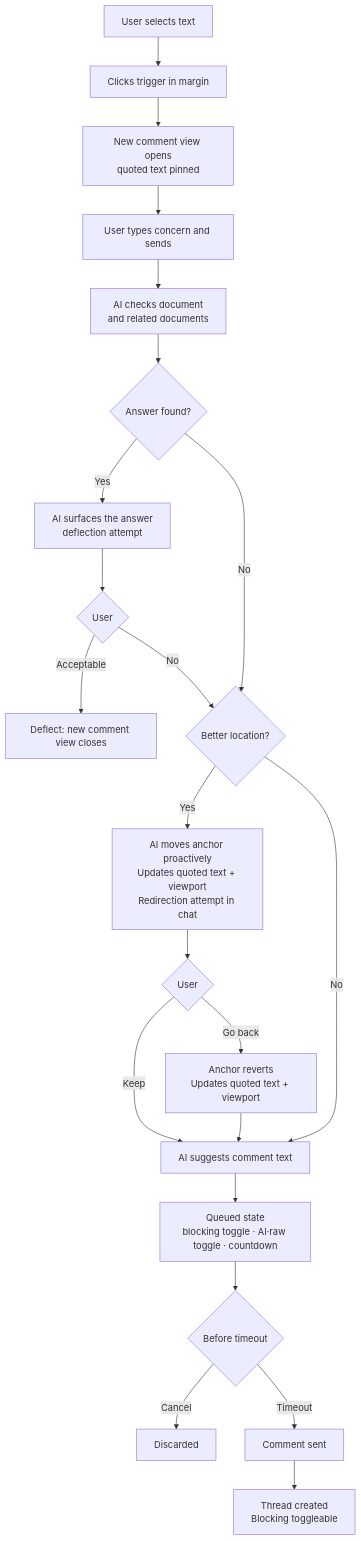
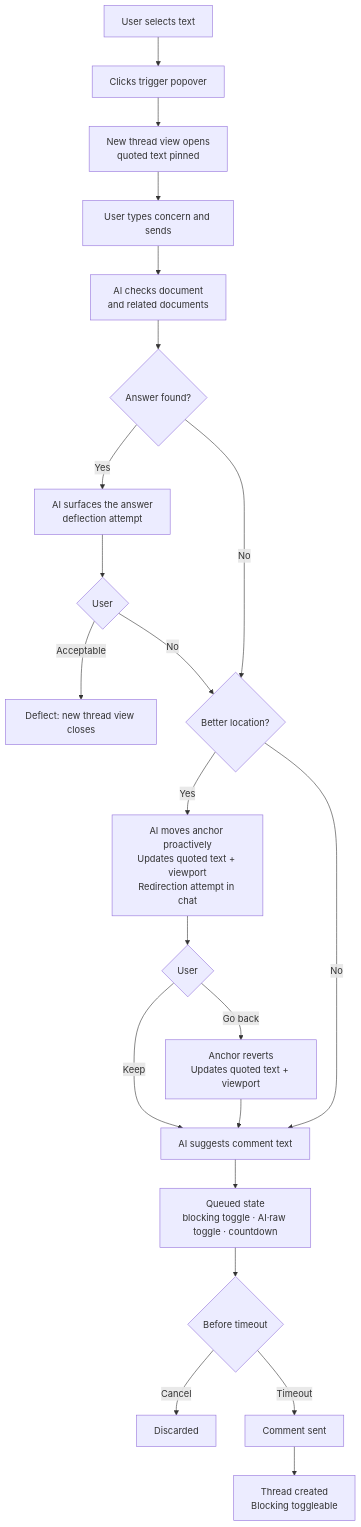
Before and after one commit to markdstafford/episteme: the diagram in .eng-docs/specs/backlog/feature-comments.md, drawn with Mermaid. The commit also changed other lines of this file, not shown here.

First line of the commit message:
docs: restructure design spec — thread states lead, three views organized

````diff
--- a/.eng-docs/specs/backlog/feature-comments.md
+++ b/.eng-docs/specs/backlog/feature-comments.md
@@ -106,31 +152,31 @@
 ```mermaid
 flowchart TD
-    A[User selects text] --> B[Clicks trigger in margin]
-    B --> C[New comment view opens\nquoted text pinned]
+    A[User selects text] --> B[Clicks trigger popover]
+    B --> C[New thread view opens\nquoted text pinned]
     C --> D[User types concern and sends]
     D --> E[AI checks document\nand related documents]
 
     E --> F{Answer found?}
     F -->|Yes| G[AI surfaces the answer\ndeflection attempt]
     G --> H{User}
-    H -->|Acceptable| I[Deflect: new comment view closes]
+    H -->|Acceptable| I[Deflect: new thread view closes]
     H -->|No| J
 
     F -->|No| J
 
     J{Better location?}
     J -->|Yes| K[AI moves anchor proactively\nUpdates quoted text + viewport\nRedirection attempt in chat]
     K --> L{User}
     L -->|Keep| N
     L -->|Go back| M[Anchor reverts\nUpdates quoted text + viewport]
     M --> N
 
     J -->|No| N
 
     N[AI suggests comment text]
     N --> O[Queued state\nblocking toggle · AI·raw toggle · countdown]
     O --> P{Before timeout}
     P -->|Cancel| Q[Discarded]
     P -->|Timeout| R[Comment sent]
     R --> S[Thread created\nBlocking toggleable]
 ```
````
